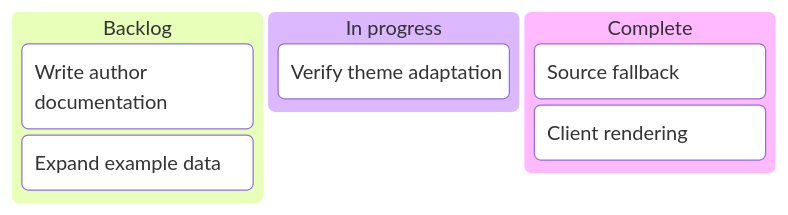
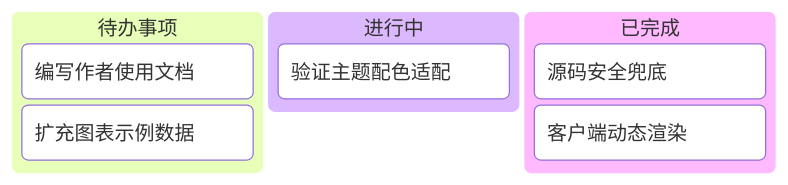
Diagram 13 of 14 in src/content/posts/markdown-mermaid.md (Dawn6666666/Shirone), drawn with Mermaid before and after one commit. The commit also changed other lines of this file and 28 other files, not shown here.

````diff
--- a/src/content/posts/markdown-mermaid.md
+++ b/src/content/posts/markdown-mermaid.md
@@ -265,11 +265,11 @@
 ```mermaid
 kanban
-  backlog[Backlog]
-    docs[Write author documentation]
-    examples[Expand example data]
-  active[In progress]
-    themes[Verify theme adaptation]
-  complete[Complete]
-    fallback[Source fallback]
-    rendering[Client rendering]
+  backlog[待办事项]
+    docs[编写作者使用文档]
+    examples[扩充图表示例数据]
+  active[进行中]
+    themes[验证主题配色适配]
+  complete[已完成]
+    fallback[源码安全兜底]
+    rendering[客户端动态渲染]
 ```
````
